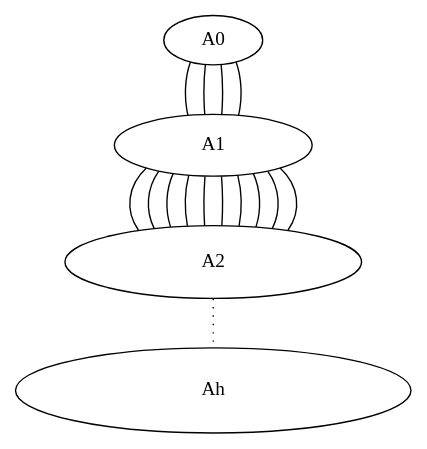
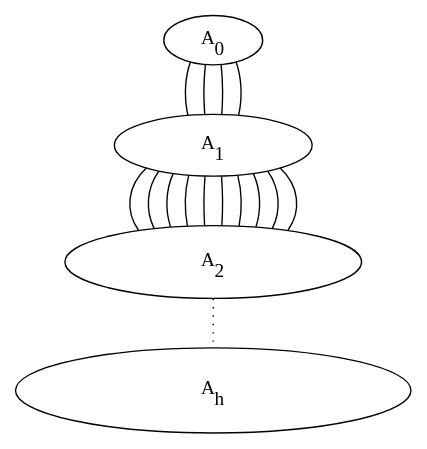
Before and after one commit to shaazzz/GTOI: the diagram in dot/BFS_Groups.dot, drawn with Graphviz. The commit also changed 3 other files, not shown here.

Commit message:
Modified Some Graphviz Files

```diff
--- a/dot/BFS_Groups.dot
+++ b/dot/BFS_Groups.dot
@@ -1,22 +1,22 @@
 graph G {
-	A [label="A0", shape=oval, width=1, height=0.5];
-	B [label="A1", shape=oval, width=2, height=0.62];
-	C [label="A2", shape=oval, width=3, height=0.74];
-	D [label="Ah", shape=oval, width=4, height=0.86];
+	A [label=<A<SUB>0</SUB>>, shape=oval, width=1, height=0.5];
+	B [label=<A<SUB>1</SUB>>, shape=oval, width=2, height=0.62];
+	C [label=<A<SUB>2</SUB>>, shape=oval, width=3, height=0.74];
+	D [label=<A<SUB>h</SUB>>, shape=oval, width=4, height=0.86];
 
 	A -- B 
 	A -- B 
 	A -- B 
 	A -- B 
 	B -- C 
 	B -- C 
 	B -- C 
 	B -- C 
 	B -- C 
 	B -- C 
 	B -- C 
 	B -- C 
 	B -- C 
 	B -- C
 	C -- D [style=dotted]
 }
```
